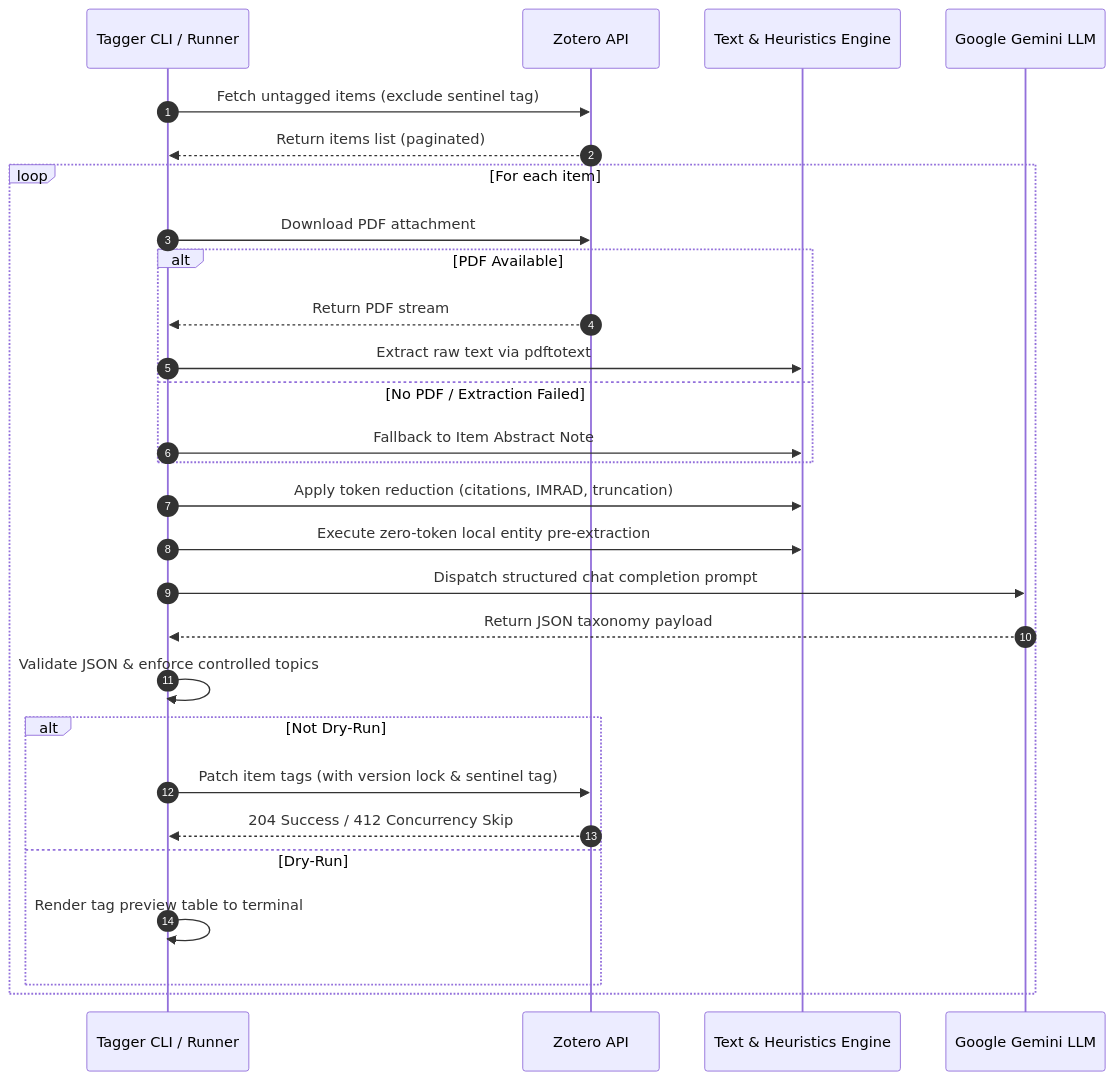
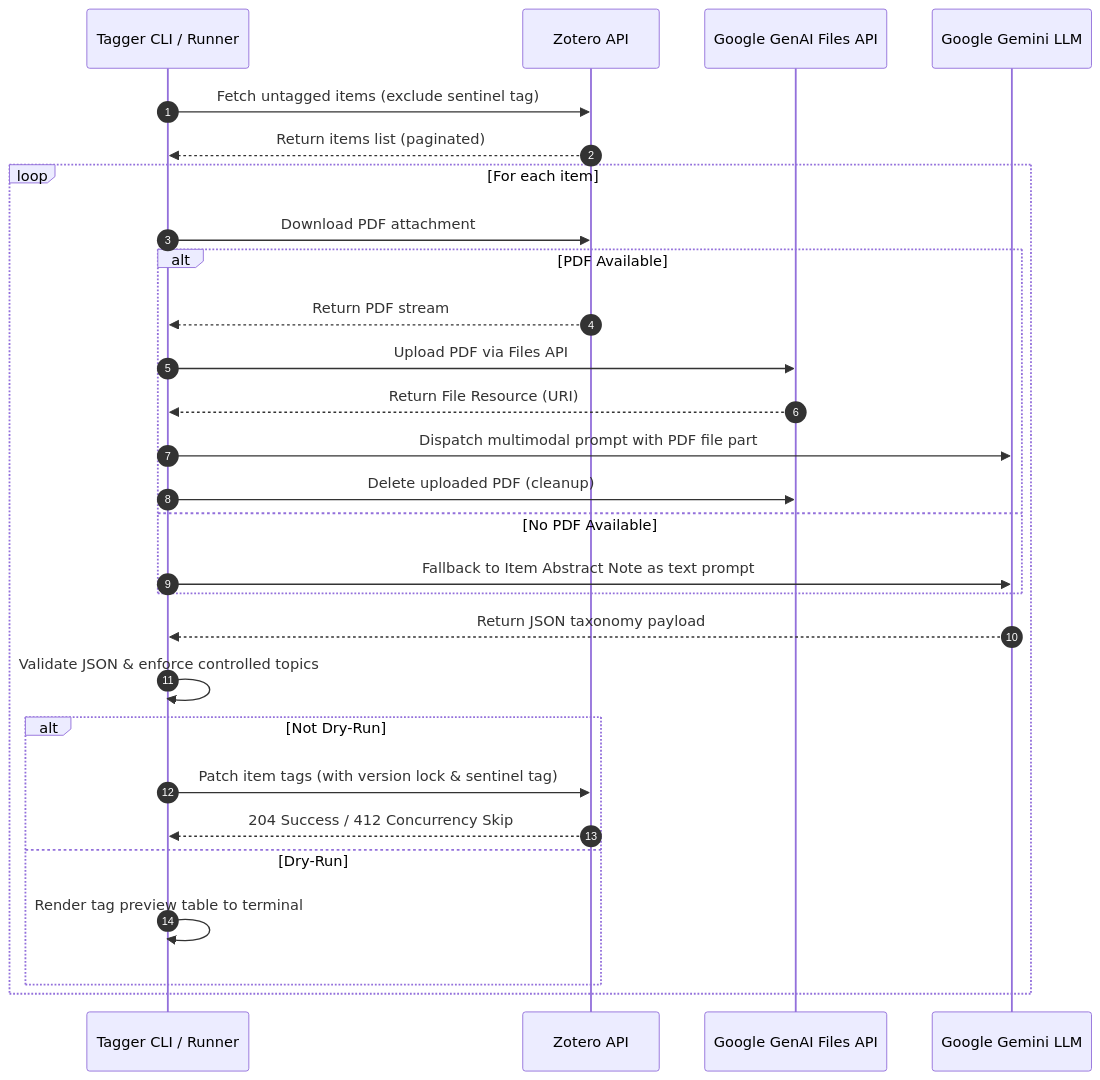
Before and after one commit to exTerEX/zotero-tagger: the diagram in docs/README.md, drawn with Mermaid. The commit also changed other lines of this file and 25 other files, not shown here.

Commit message:
feat: Moved away from local pdf text extraction to multi-modal direct extraction of tags

````diff
--- a/docs/README.md
+++ b/docs/README.md
@@ -33,31 +33,31 @@
 ```mermaid
 sequenceDiagram
     autonumber
     participant CLI as Tagger CLI / Runner
     participant Zotero as Zotero API
-    participant Engine as Text & Heuristics Engine
+    participant Google as Google GenAI Files API
     participant LLM as Google Gemini LLM
 
     CLI->>Zotero: Fetch untagged items (exclude sentinel tag)
     Zotero-->>CLI: Return items list (paginated)
     loop For each item
         CLI->>Zotero: Download PDF attachment
         alt PDF Available
             Zotero-->>CLI: Return PDF stream
-            CLI->>Engine: Extract raw text via pdftotext
-        else No PDF / Extraction Failed
-            CLI->>Engine: Fallback to Item Abstract Note
+            CLI->>Google: Upload PDF via Files API
+            Google-->>CLI: Return File Resource (URI)
+            CLI->>LLM: Dispatch multimodal prompt with PDF file part
+            CLI->>Google: Delete uploaded PDF (cleanup)
+        else No PDF Available
+            CLI->>LLM: Fallback to Item Abstract Note as text prompt
         end
-        CLI->>Engine: Apply token reduction (citations, IMRAD, truncation)
-        CLI->>Engine: Execute zero-token local entity pre-extraction
-        CLI->>LLM: Dispatch structured chat completion prompt
         LLM-->>CLI: Return JSON taxonomy payload
         CLI->>CLI: Validate JSON & enforce controlled topics
         alt Not Dry-Run
             CLI->>Zotero: Patch item tags (with version lock & sentinel tag)
             Zotero-->>CLI: 204 Success / 412 Concurrency Skip
         else Dry-Run
             CLI->>CLI: Render tag preview table to terminal
         end
     end
 ```
````
